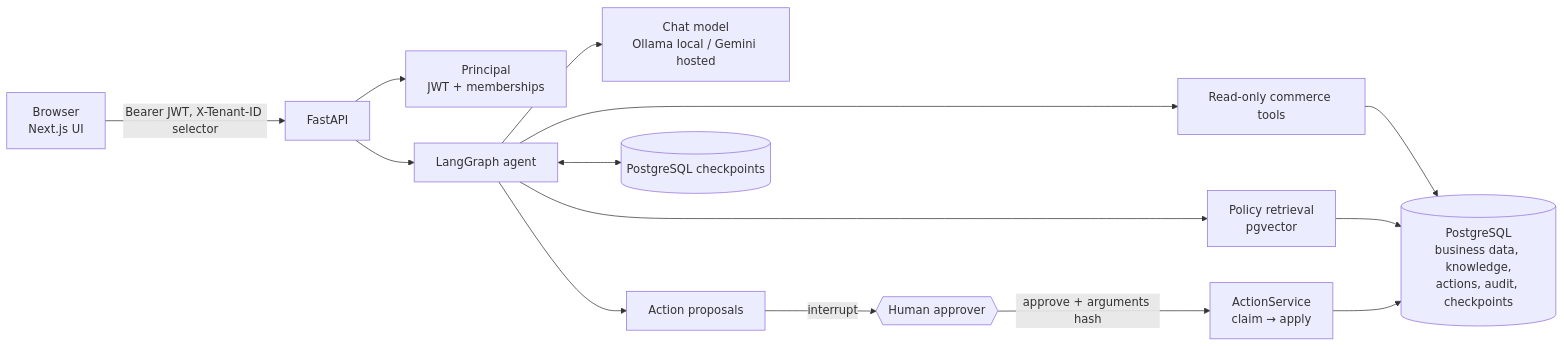
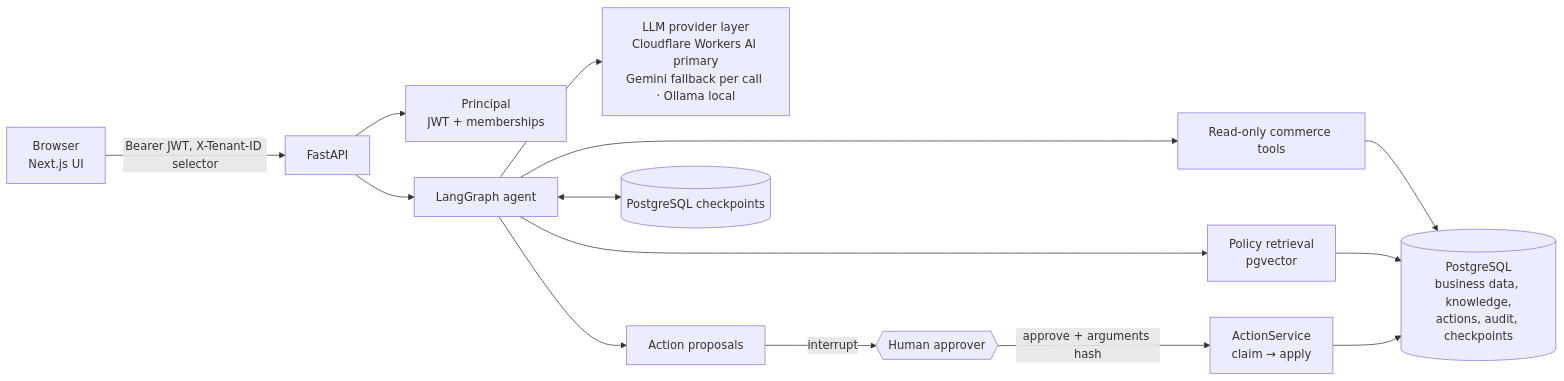
Before and after one commit to Shelunagori/ecommerce-ai-ops-agent: the first of 2 diagrams in README.md, drawn with Mermaid. The commit also changed other lines of this file and 46 other files, not shown here.

Commit message:
feat: Cloudflare Workers AI chat provider with per-call Gemini fallback and public-demo message budget

````diff
--- a/README.md
+++ b/README.md
@@ -54,14 +58,14 @@
 ```mermaid
 flowchart LR
   U[Browser<br/>Next.js UI] -->|Bearer JWT, X-Tenant-ID selector| API[FastAPI]
   API --> AUTH[Principal<br/>JWT + memberships]
   API --> G[LangGraph agent]
-  G --> M[Chat model<br/>Ollama local / Gemini hosted]
+  G --> M[LLM provider layer<br/>Cloudflare Workers AI primary<br/>Gemini fallback per call · Ollama local]
   G --> T[Read-only commerce tools]
   G --> R[Policy retrieval<br/>pgvector]
   G --> P[Action proposals]
   P -->|interrupt| H{{Human approver}}
   H -->|approve + arguments hash| X[ActionService<br/>claim → apply]
   T & R & X --> DB[(PostgreSQL<br/>business data, knowledge,<br/>actions, audit, checkpoints)]
   G <--> CP[(PostgreSQL checkpoints)]
 ```
````
